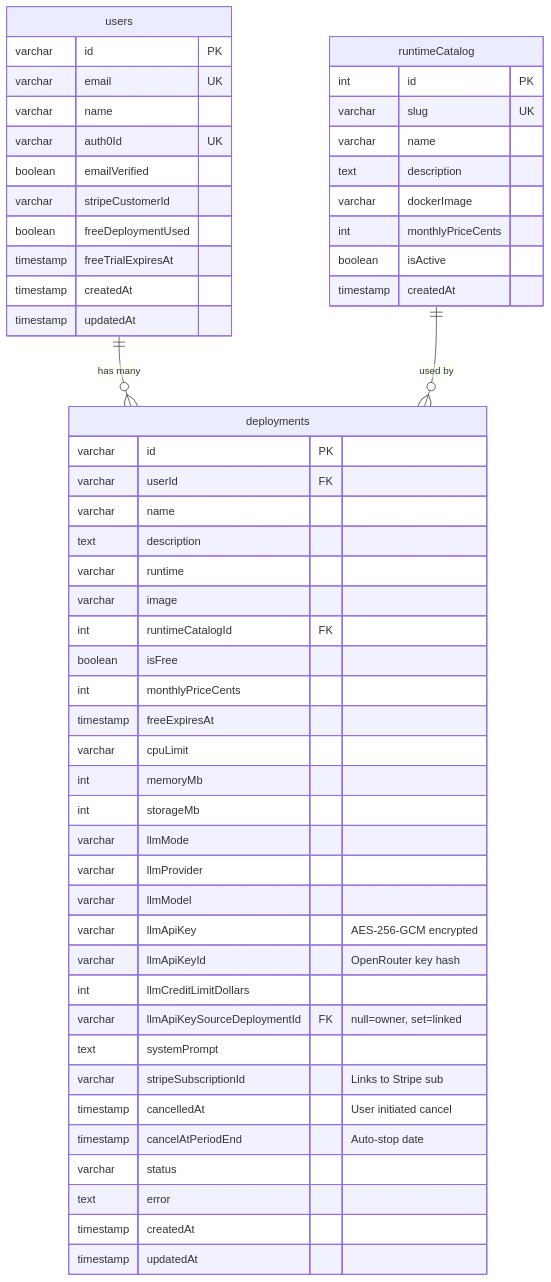
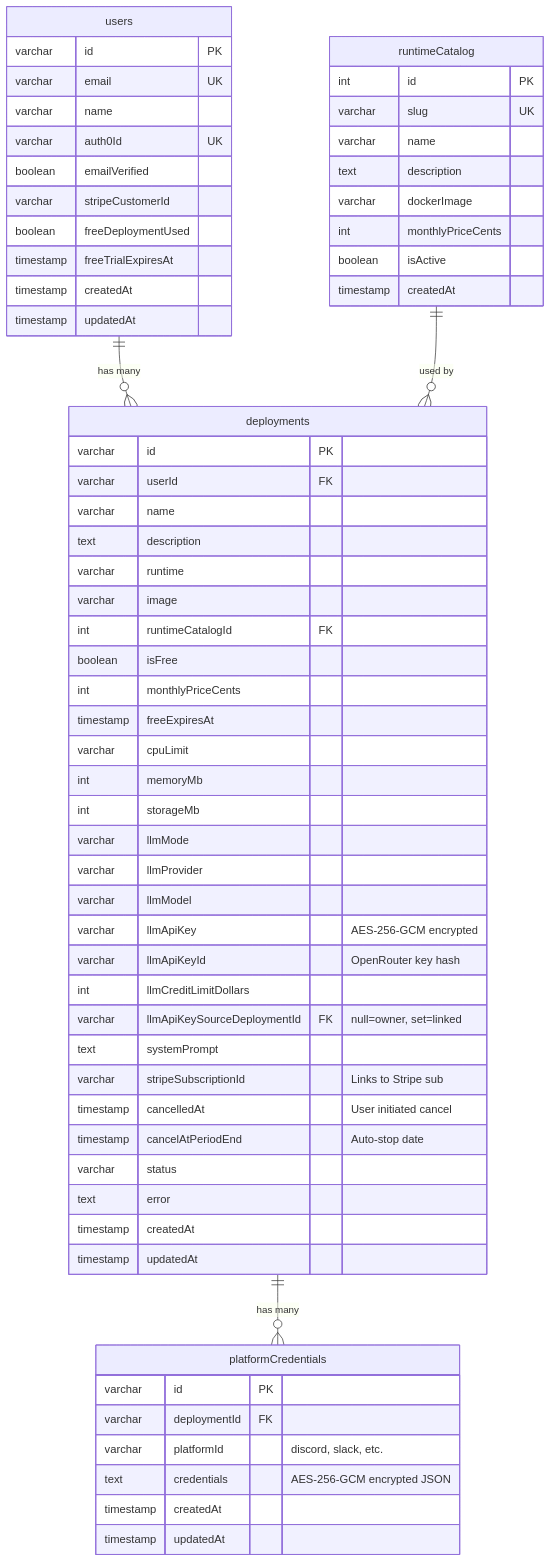
The fifth of 15 diagrams in OVERVIEW.md (Bretthb/jarble), drawn with Mermaid before and after one commit. The commit also changed other lines of this file and 14 other files, not shown here.

````diff
--- a/OVERVIEW.md
+++ b/OVERVIEW.md
@@ -230,60 +237,70 @@
 ```mermaid
 erDiagram
     users {
         varchar id PK
         varchar email UK
         varchar name
         varchar auth0Id UK
         boolean emailVerified
         varchar stripeCustomerId
         boolean freeDeploymentUsed
         timestamp freeTrialExpiresAt
         timestamp createdAt
         timestamp updatedAt
     }
 
     deployments {
         varchar id PK
         varchar userId FK
         varchar name
         text description
         varchar runtime
         varchar image
         int runtimeCatalogId FK
         boolean isFree
         int monthlyPriceCents
         timestamp freeExpiresAt
         varchar cpuLimit
         int memoryMb
         int storageMb
         varchar llmMode
         varchar llmProvider
         varchar llmModel
         varchar llmApiKey "AES-256-GCM encrypted"
         varchar llmApiKeyId "OpenRouter key hash"
         int llmCreditLimitDollars
         varchar llmApiKeySourceDeploymentId FK "null=owner, set=linked"
         text systemPrompt
         varchar stripeSubscriptionId "Links to Stripe sub"
         timestamp cancelledAt "User initiated cancel"
         timestamp cancelAtPeriodEnd "Auto-stop date"
         varchar status
         text error
         timestamp createdAt
         timestamp updatedAt
     }
 
     runtimeCatalog {
         int id PK
         varchar slug UK
         varchar name
         text description
         varchar dockerImage
         int monthlyPriceCents
         boolean isActive
         timestamp createdAt
     }
 
+    platformCredentials {
+        varchar id PK
+        varchar deploymentId FK
+        varchar platformId "discord, slack, etc."
+        text credentials "AES-256-GCM encrypted JSON"
+        timestamp createdAt
+        timestamp updatedAt
+    }
+
     users ||--o{ deployments : "has many"
     runtimeCatalog ||--o{ deployments : "used by"
+    deployments ||--o{ platformCredentials : "has many"
 ```
````
